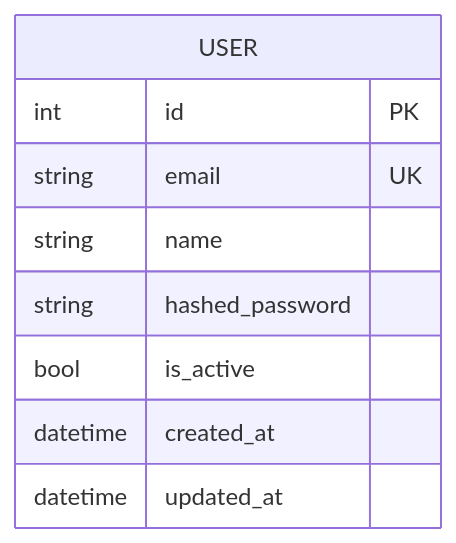
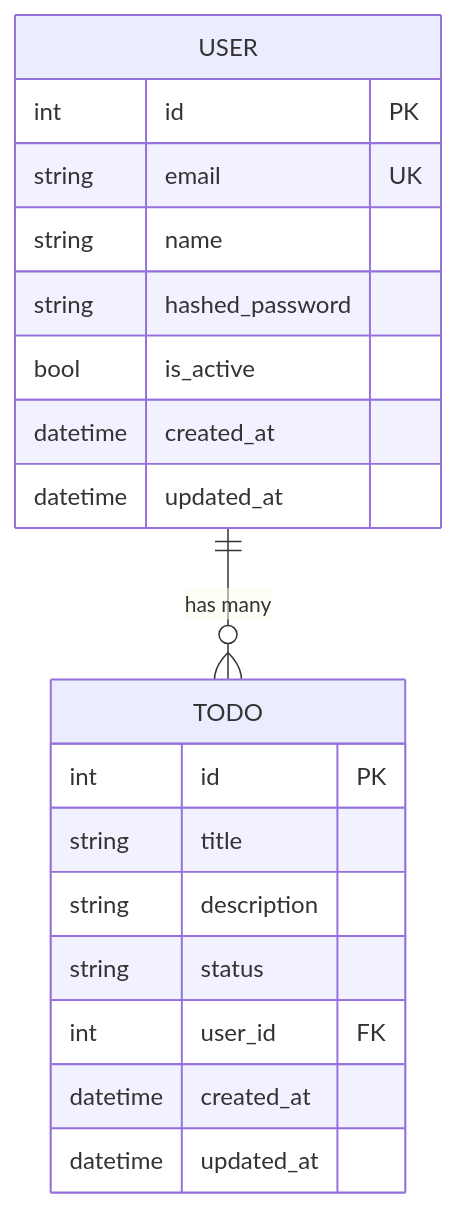
Before and after one commit to dangquan1402/dev-workflow-template: the diagram in docs/reference/erd.md, drawn with Mermaid. The commit also changed other lines of this file and 1 other file, not shown here.

First line of the commit message:
docs: define todo feature — ERD and API contract before implementation

````diff
--- a/docs/reference/erd.md
+++ b/docs/reference/erd.md
@@ -5,12 +5,24 @@
 ```mermaid
 erDiagram
     USER {
         int id PK
         string email UK
         string name
         string hashed_password
         bool is_active
         datetime created_at
         datetime updated_at
     }
+
+    TODO {
+        int id PK
+        string title
+        string description
+        string status
+        int user_id FK
+        datetime created_at
+        datetime updated_at
+    }
+
+    USER ||--o{ TODO : "has many"
 ```
````
